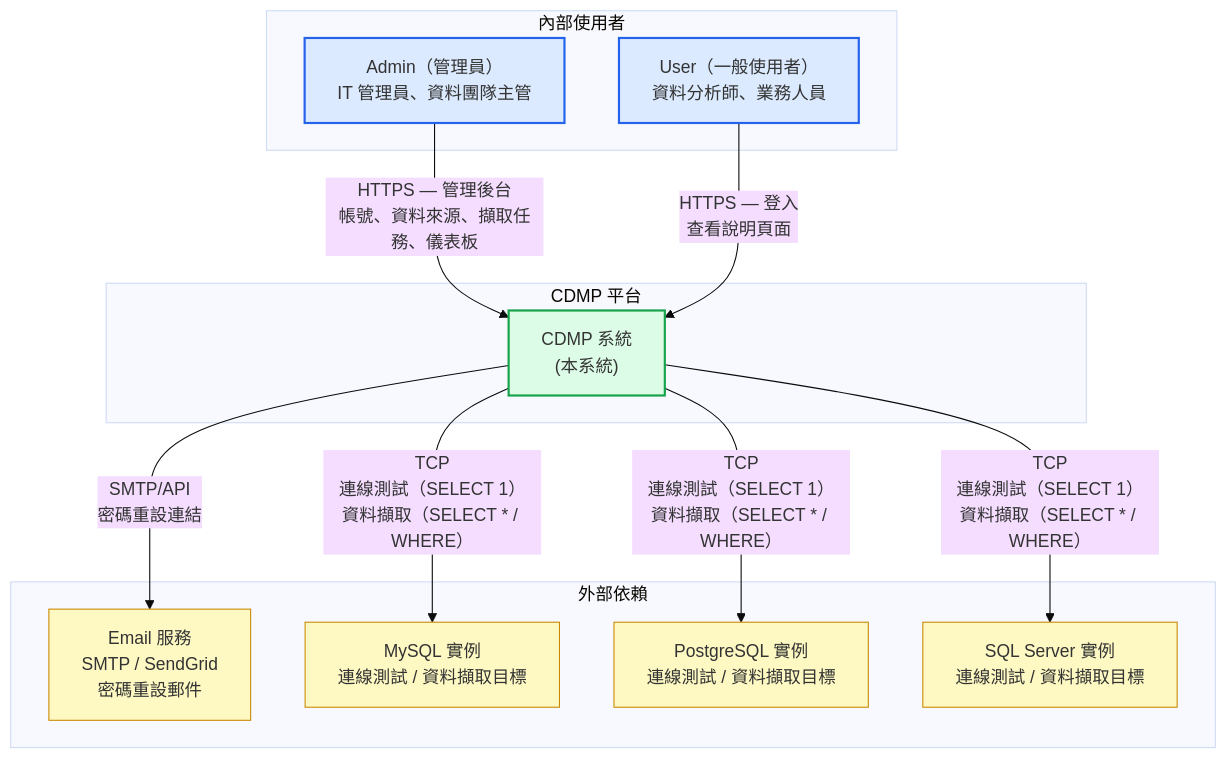
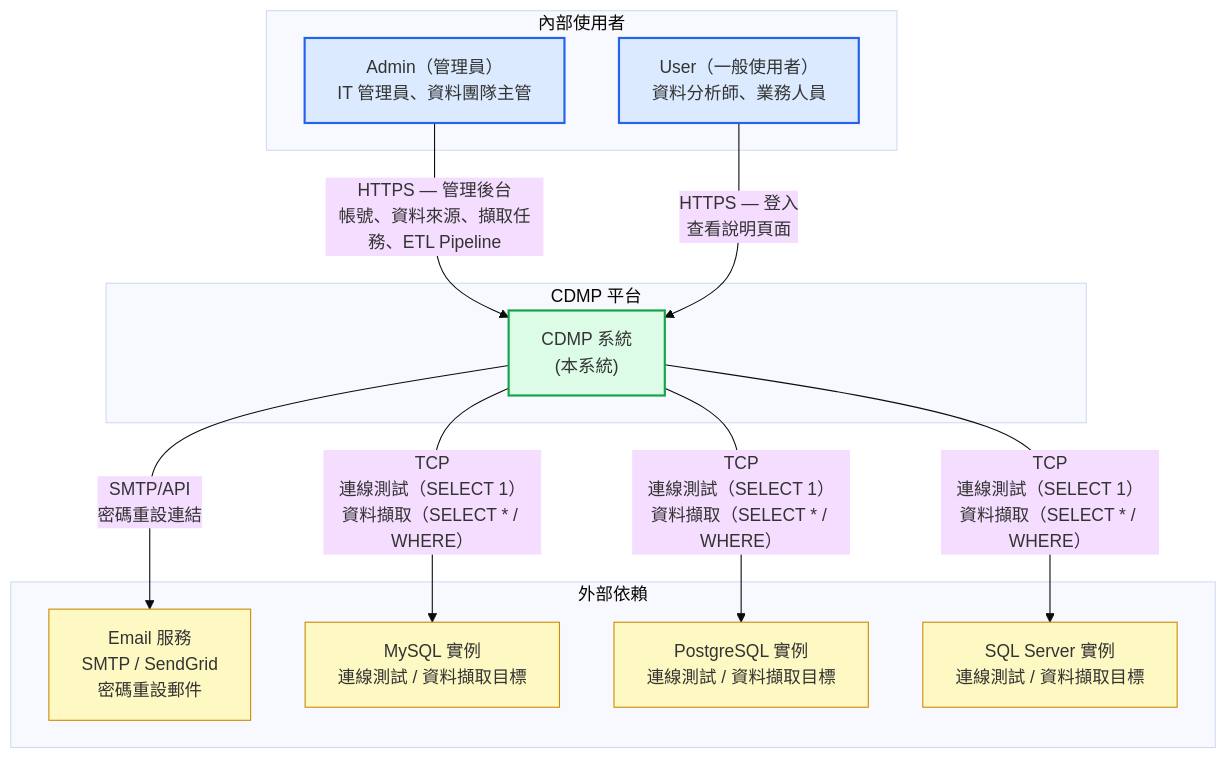
Before and after one commit to wisewhalesoft/cdmp-mvp: the second of 13 diagrams in docs/specs/architecture-spec.md, drawn with Mermaid (base theme). The commit also changed other lines of this file, not shown here.

Commit message:
docs(specs): 更新架構規格書以納入 E05 ETL Pipeline 架構設計（v1.3）

````diff
--- a/docs/specs/architecture-spec.md
+++ b/docs/specs/architecture-spec.md
@@ -117,32 +127,32 @@
 ```mermaid
 graph TB
     subgraph 內部使用者["內部使用者"]
         Admin["Admin（管理員）<br/>IT 管理員、資料團隊主管"]
         User["User（一般使用者）<br/>資料分析師、業務人員"]
     end
 
     subgraph CDMP["CDMP 平台"]
         System["CDMP 系統<br/>(本系統)"]
     end
 
     subgraph 外部服務["外部依賴"]
         EmailSvc["Email 服務<br/>SMTP / SendGrid<br/>密碼重設郵件"]
         MySQL["MySQL 實例<br/>連線測試 / 資料擷取目標"]
         PostgreSQL["PostgreSQL 實例<br/>連線測試 / 資料擷取目標"]
         SQLServer["SQL Server 實例<br/>連線測試 / 資料擷取目標"]
     end
 
-    Admin -->|"HTTPS — 管理後台<br/>帳號、資料來源、擷取任務、儀表板"| System
+    Admin -->|"HTTPS — 管理後台<br/>帳號、資料來源、擷取任務、ETL Pipeline"| System
     User -->|"HTTPS — 登入<br/>查看說明頁面"| System
     System -->|"SMTP/API<br/>密碼重設連結"| EmailSvc
     System -->|"TCP<br/>連線測試（SELECT 1）<br/>資料擷取（SELECT * / WHERE）"| MySQL
     System -->|"TCP<br/>連線測試（SELECT 1）<br/>資料擷取（SELECT * / WHERE）"| PostgreSQL
     System -->|"TCP<br/>連線測試（SELECT 1）<br/>資料擷取（SELECT * / WHERE）"| SQLServer
 
     classDef actor fill:#dbeafe,stroke:#2563eb,stroke-width:2px
     classDef system fill:#dcfce7,stroke:#16a34a,stroke-width:2px
     classDef external fill:#fef9c3,stroke:#ca8a04,stroke-width:1px
     class Admin,User actor
     class System system
     class EmailSvc,MySQL,PostgreSQL,SQLServer external
 ```
````
